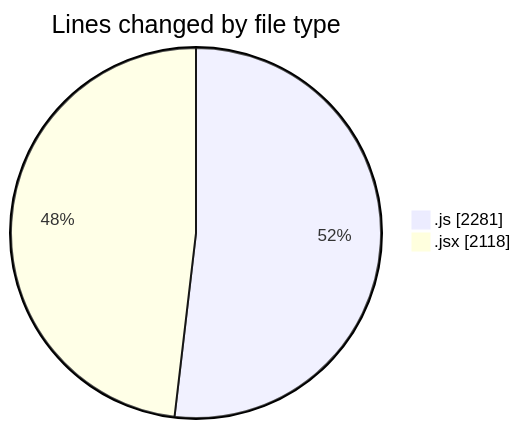
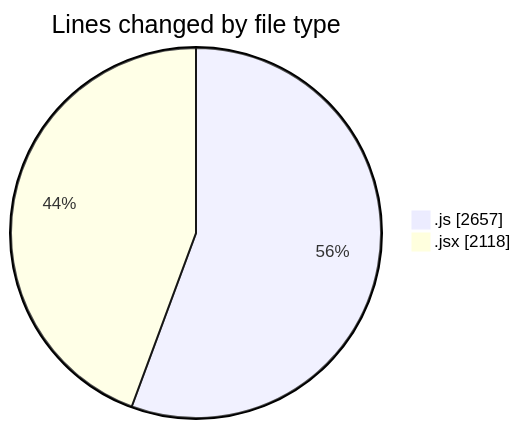
One commit to nxtqubesakshisongat/code-tracking changed the first of 2 diagrams in 2025-09-01/nxtqube_webapp/README.md. Above: the diagram before and after it, drawn with Mermaid. The commit also changed other lines of this file and 1 other file, not shown here.

````diff
--- a/2025-09-01/nxtqube_webapp/README.md
+++ b/2025-09-01/nxtqube_webapp/README.md
@@ -25,6 +25,6 @@
 ```mermaid
 pie showData
 title Lines changed by file type
-".js" : 2281
+".js" : 2657
 ".jsx" : 2118
 ```
````
